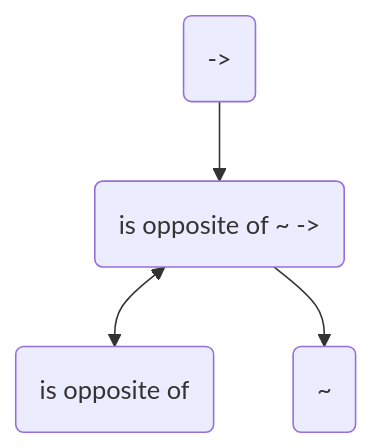
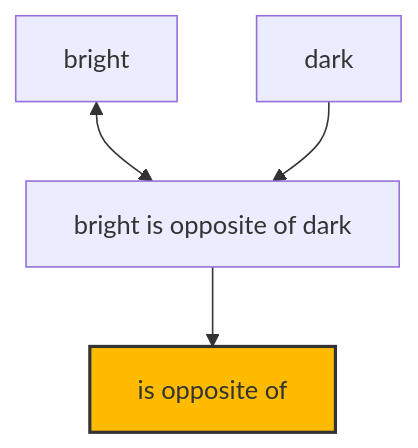
One commit to acrion/zelph changed the third of 3 diagrams in mkdocs/docs/index.md. Above: the diagram before and after it, drawn with Mermaid. The commit also changed other lines of this file and 27 other files, not shown here.

````diff
--- a/mkdocs/docs/index.md
+++ b/mkdocs/docs/index.md
@@ -121,6 +449,11 @@
 ```mermaid
 graph TD
-    A("is opposite of ~ ->") <--> B("is opposite of")
-    C("->") --> A
-    A --> D("~")
+    n_11["dark"]
+    n_9["bright"]
+    n_8445031417147704759["bright is opposite of dark"]
+    n_10["is opposite of"]
+    style n_10 fill:#FFBB00,stroke:#333,stroke-width:2px
+    n_8445031417147704759 --> n_10
+    n_9 <--> n_8445031417147704759
+    n_11 --> n_8445031417147704759
 ```
````
